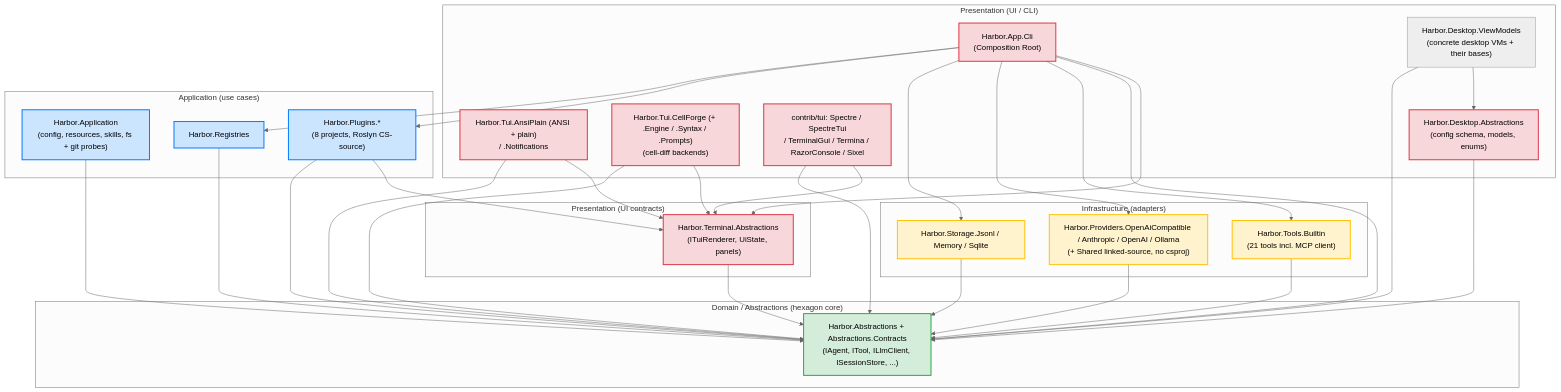
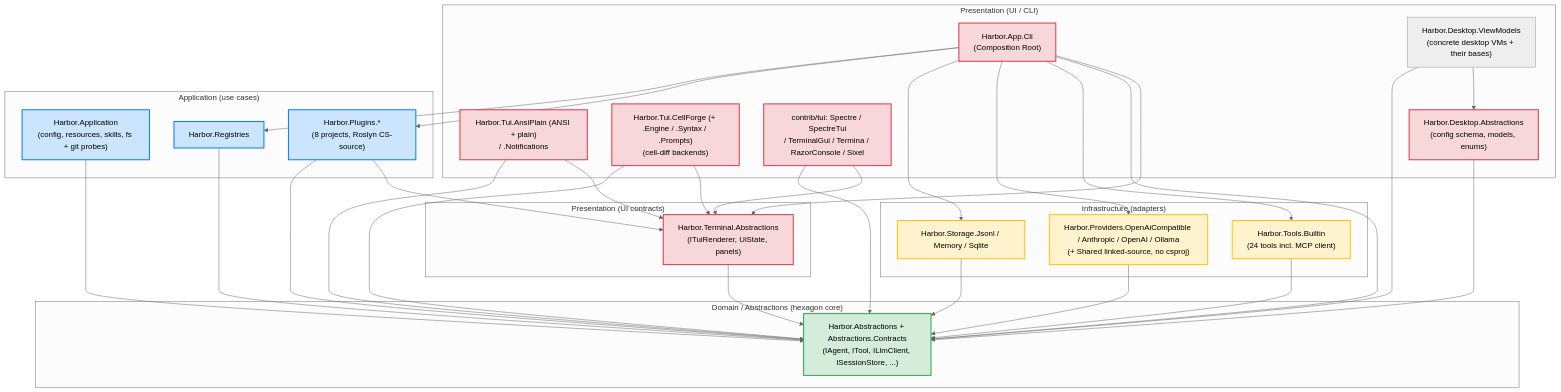
One commit to refusedguy/Harbor-Harness changed the diagram in docs/ARCHITECTURE_LAYERS.md. Above: the diagram before and after it, drawn with Mermaid (neutral theme). The commit also changed other lines of this file and 35 other files, not shown here.

````diff
--- a/docs/ARCHITECTURE_LAYERS.md
+++ b/docs/ARCHITECTURE_LAYERS.md
@@ -366,71 +366,71 @@
 ```mermaid
 flowchart TB
     subgraph Pres["Presentation (UI / CLI)"]
         Cli["Harbor.App.Cli<br/>(Composition Root)"]
         TuiAnsi["Harbor.Tui.AnsiPlain (ANSI + plain)<br/>/ .Notifications"]
         TuiConsoleEx["Harbor.Tui.CellForge (+ .Engine / .Syntax / .Prompts)<br/>(cell-diff backends)"]
         TuiContrib["contrib/tui: Spectre / SpectreTui<br/>/ TerminalGui / Termina / RazorConsole / Sixel"]
         DesktopAbs["Harbor.Desktop.Abstractions<br/>(config schema, models, enums)"]
         DesktopVms["Harbor.Desktop.ViewModels<br/>(concrete desktop VMs + their bases)"]
     end
 
     subgraph App["Application (use cases)"]
         AppLayer["Harbor.Application<br/>(config, resources, skills, fs + git probes)"]
         Core["Harbor.Registries"]
         Plugins["Harbor.Plugins.*<br/>(8 projects, Roslyn CS-source)"]
     end
 
     subgraph Infra["Infrastructure (adapters)"]
         Storage["Harbor.Storage.Jsonl / Memory / Sqlite"]
         Providers["Harbor.Providers.OpenAiCompatible / Anthropic / OpenAI / Ollama<br/>(+ Shared linked-source, no csproj)"]
-        Tools["Harbor.Tools.Builtin<br/>(21 tools incl. MCP client)"]
+        Tools["Harbor.Tools.Builtin<br/>(24 tools incl. MCP client)"]
     end
 
     subgraph Domain["Domain / Abstractions (hexagon core)"]
         Abs["Harbor.Abstractions + Abstractions.Contracts<br/>(IAgent, ITool, ILlmClient, ISessionStore, ...)"]
     end
 
     subgraph UiPres["Presentation (UI contracts)"]
         TuiAbs["Harbor.Terminal.Abstractions<br/>(ITuiRenderer, UiState, panels)"]
     end
 
     Cli --> Core
     Cli --> Plugins
     Cli --> Storage
     Cli --> Providers
     Cli --> Tools
     Cli --> Abs
     Cli --> TuiAbs
 
     DesktopAbs --> Abs
     DesktopVms --> Abs
     DesktopVms --> DesktopAbs
 
     TuiAnsi --> Abs
     TuiAnsi --> TuiAbs
     TuiConsoleEx --> Abs
     TuiConsoleEx --> TuiAbs
     TuiContrib --> Abs
     TuiContrib --> TuiAbs
 
     AppLayer --> Abs
     Core --> Abs
     Plugins --> Abs
     Plugins --> TuiAbs
 
     Storage --> Abs
     Providers --> Abs
     Tools --> Abs
 
     TuiAbs --> Abs
 
     classDef domain fill:#d4edda,stroke:#28a745,stroke-width:2px
     classDef app fill:#cce5ff,stroke:#007bff,stroke-width:2px
     classDef infra fill:#fff3cd,stroke:#ffc107,stroke-width:2px
     classDef pres fill:#f8d7da,stroke:#dc3545,stroke-width:2px
 
     class Abs domain
     class AppLayer,Core,Plugins app
     class Storage,Providers,Tools infra
     class Cli,TuiAnsi,TuiConsoleEx,TuiContrib,DesktopAbs,TuiAbs pres
 ```
````
